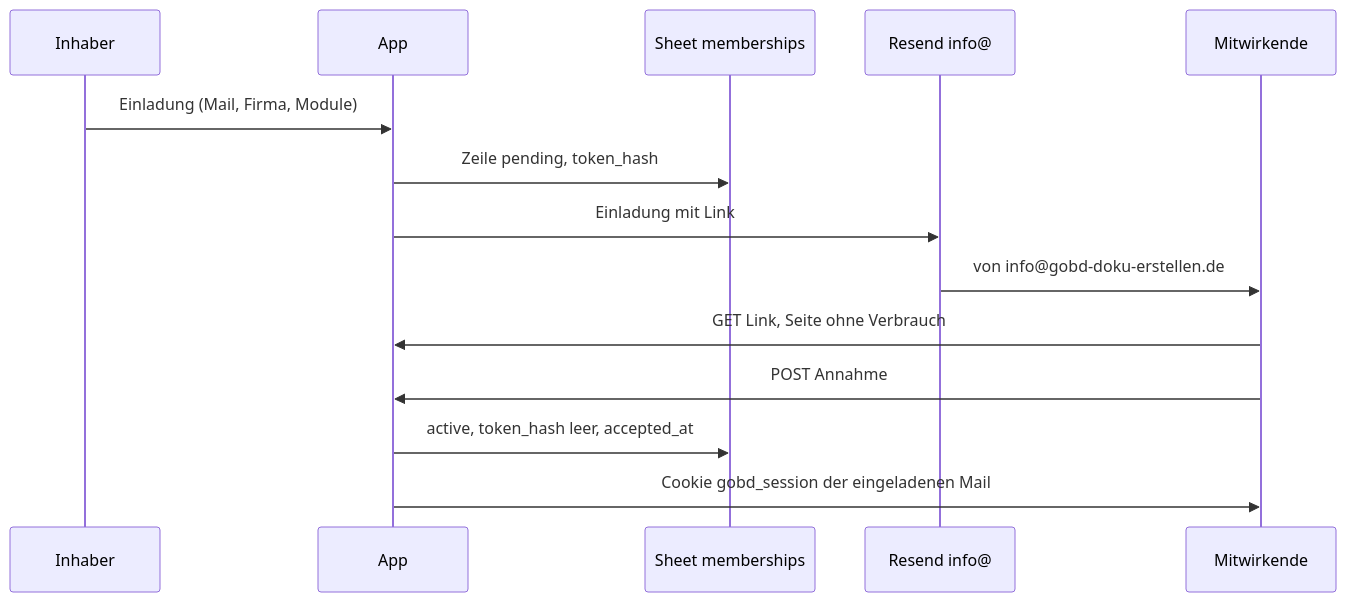
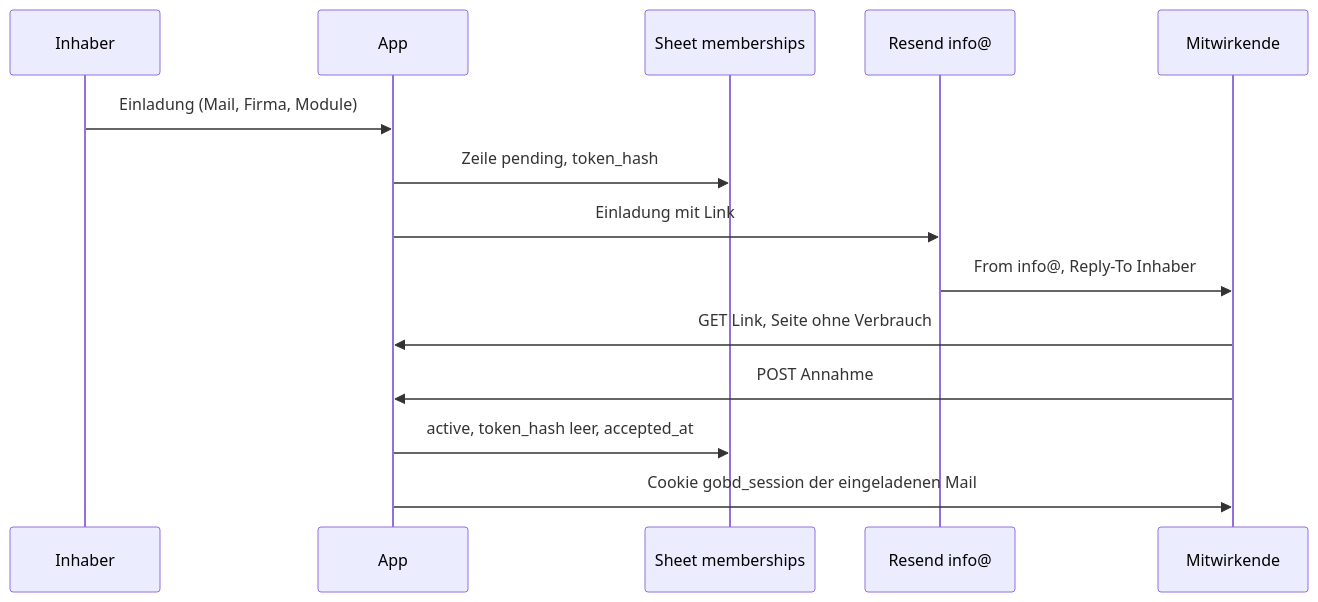
The diagram in docs/konzept-mitwirkende.md (PhilCap-tech/Gobd), drawn with Mermaid before and after one commit. The commit also changed other lines of this file, not shown here.

````diff
--- a/docs/konzept-mitwirkende.md
+++ b/docs/konzept-mitwirkende.md
@@ -126,16 +130,16 @@
 ```mermaid
 sequenceDiagram
   participant Inhaber
   participant App
   participant Sheet as Sheet memberships
   participant Mail as Resend info@
   participant Person as Mitwirkende
   Inhaber->>App: Einladung (Mail, Firma, Module)
   App->>Sheet: Zeile pending, token_hash
   App->>Mail: Einladung mit Link
-  Mail->>Person: von info@gobd-doku-erstellen.de
+  Mail->>Person: From info@, Reply-To Inhaber
   Person->>App: GET Link, Seite ohne Verbrauch
   Person->>App: POST Annahme
   App->>Sheet: active, token_hash leer, accepted_at
   App->>Person: Cookie gobd_session der eingeladenen Mail
 ```
````
